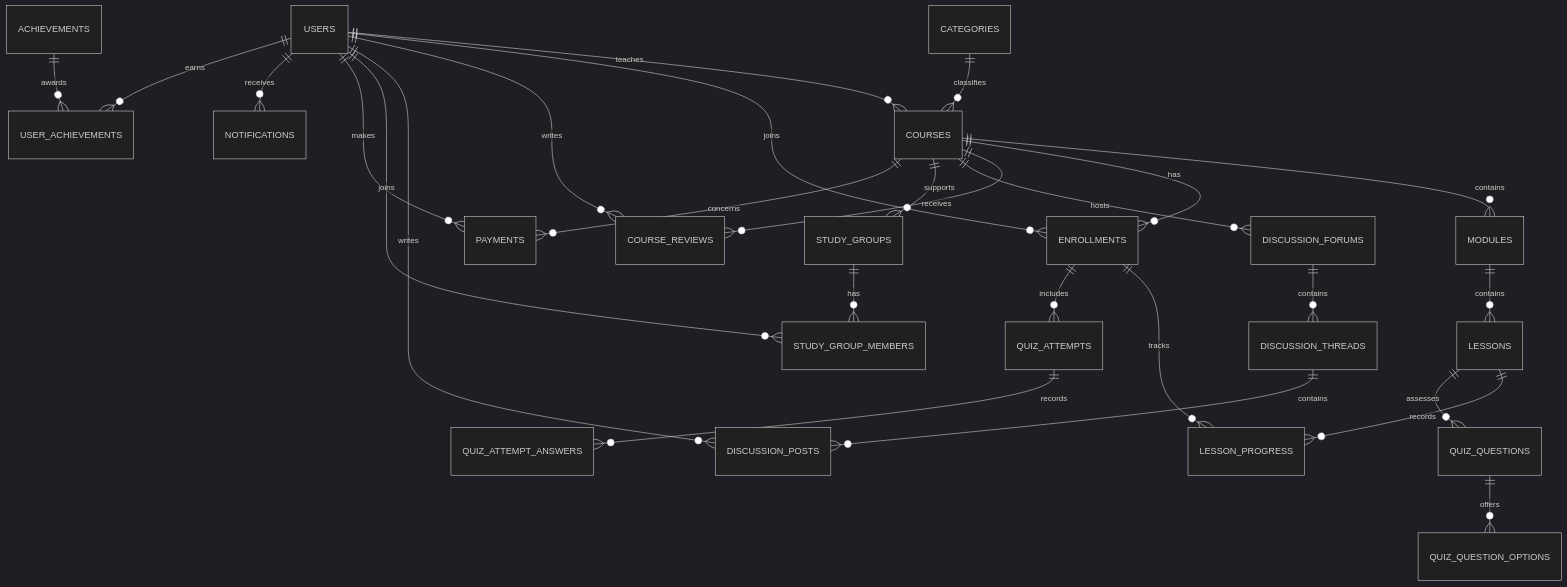
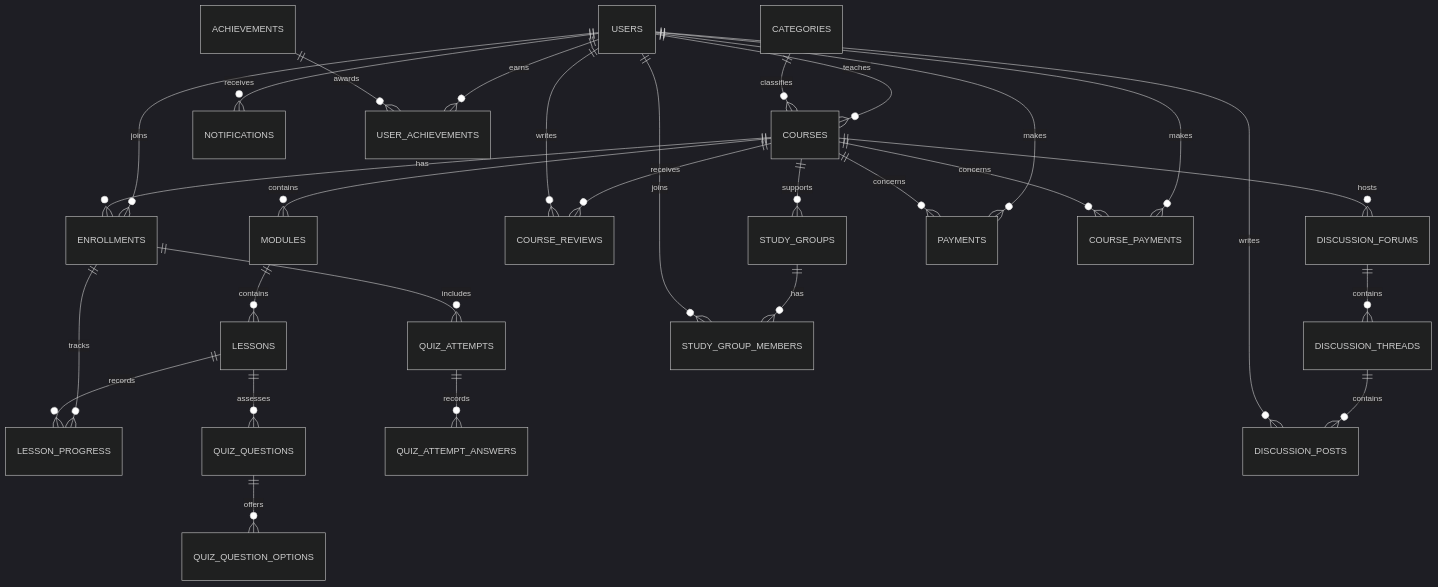
The third of 3 diagrams in docs/system-architecture.md (rasheedy12/SmartLearn), drawn with Mermaid (dark theme) before and after one commit. The commit also changed other lines of this file and 13 other files, not shown here.

````diff
--- a/docs/system-architecture.md
+++ b/docs/system-architecture.md
@@ -112,29 +113,31 @@
 ```mermaid
 erDiagram
     USERS ||--o{ COURSES : teaches
     CATEGORIES ||--o{ COURSES : classifies
     COURSES ||--o{ MODULES : contains
     MODULES ||--o{ LESSONS : contains
     USERS ||--o{ ENROLLMENTS : joins
     COURSES ||--o{ ENROLLMENTS : has
     ENROLLMENTS ||--o{ LESSON_PROGRESS : tracks
     LESSONS ||--o{ LESSON_PROGRESS : records
     ENROLLMENTS ||--o{ QUIZ_ATTEMPTS : includes
     LESSONS ||--o{ QUIZ_QUESTIONS : assesses
     QUIZ_QUESTIONS ||--o{ QUIZ_QUESTION_OPTIONS : offers
     QUIZ_ATTEMPTS ||--o{ QUIZ_ATTEMPT_ANSWERS : records
     COURSES ||--o{ COURSE_REVIEWS : receives
     USERS ||--o{ COURSE_REVIEWS : writes
     COURSES ||--o{ DISCUSSION_FORUMS : hosts
     DISCUSSION_FORUMS ||--o{ DISCUSSION_THREADS : contains
     DISCUSSION_THREADS ||--o{ DISCUSSION_POSTS : contains
     USERS ||--o{ DISCUSSION_POSTS : writes
     COURSES ||--o{ STUDY_GROUPS : supports
     STUDY_GROUPS ||--o{ STUDY_GROUP_MEMBERS : has
     USERS ||--o{ STUDY_GROUP_MEMBERS : joins
     USERS ||--o{ PAYMENTS : makes
+    USERS ||--o{ COURSE_PAYMENTS : makes
     COURSES ||--o{ PAYMENTS : concerns
+    COURSES ||--o{ COURSE_PAYMENTS : concerns
     USERS ||--o{ NOTIFICATIONS : receives
     USERS ||--o{ USER_ACHIEVEMENTS : earns
     ACHIEVEMENTS ||--o{ USER_ACHIEVEMENTS : awards
 ```
````
